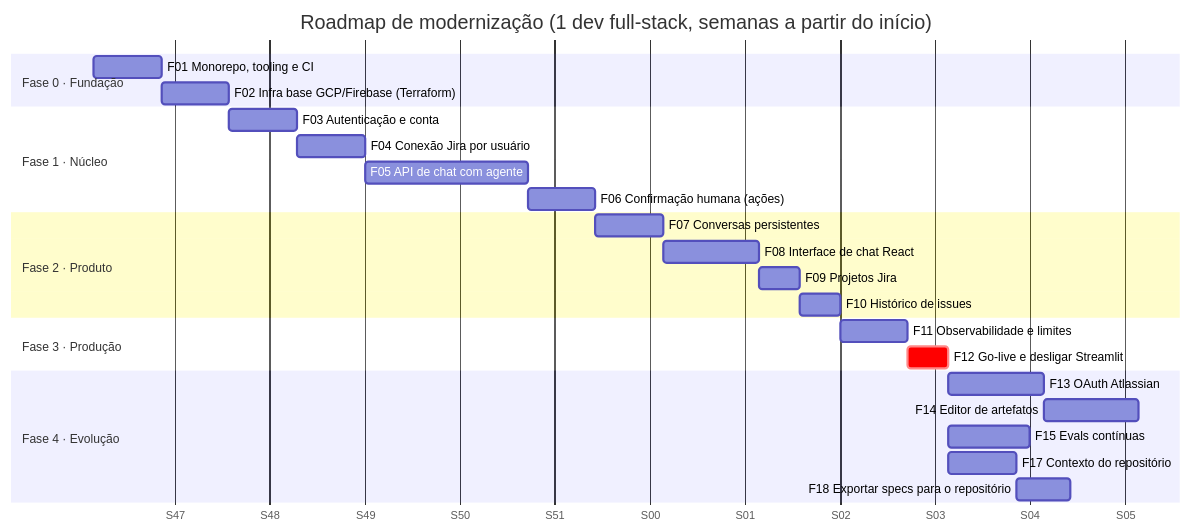
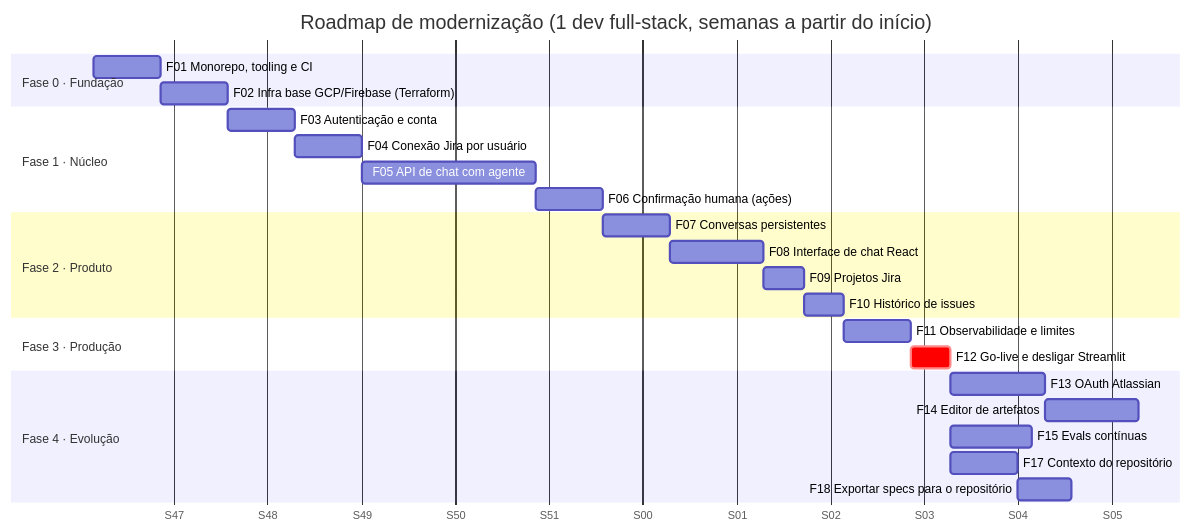
The first of 2 diagrams in specs/ROADMAP.md (micaelleos/FunctionalAgent), drawn with Mermaid before and after one commit. The commit also changed other lines of this file and 13 other files, not shown here.

First line of the commit message:
docs: ADR-008 — agente com Gemini no Vertex AI e loop próprio (Constituição 2.2.0)

````diff
--- a/specs/ROADMAP.md
+++ b/specs/ROADMAP.md
@@ -46,28 +50,28 @@
 ```mermaid
 gantt
     title Roadmap de modernização (1 dev full-stack, semanas a partir do início)
     dateFormat  YYYY-MM-DD
     axisFormat  S%W
     section Fase 0 · Fundação
     F01 Monorepo, tooling e CI            :f01, 2026-11-23, 5d
     F02 Infra base GCP/Firebase (Terraform):f02, after f01, 5d
     section Fase 1 · Núcleo
     F03 Autenticação e conta               :f03, after f02, 5d
     F04 Conexão Jira por usuário           :f04, after f03, 5d
-    F05 API de chat com agente             :f05, after f04, 12d
+    F05 API de chat com agente             :f05, after f04, 12.5d
     F06 Confirmação humana (ações)         :f06, after f05, 5d
     section Fase 2 · Produto
     F07 Conversas persistentes             :f07, after f06, 5d
     F08 Interface de chat React            :f08, after f07, 7d
     F09 Projetos Jira                      :f09, after f08, 3d
     F10 Histórico de issues                :f10, after f09, 3d
     section Fase 3 · Produção
     F11 Observabilidade e limites          :f11, after f10, 5d
     F12 Go-live e desligar Streamlit       :crit, f12, after f11, 3d
     section Fase 4 · Evolução
     F13 OAuth Atlassian                    :f13, after f12, 7d
     F14 Editor de artefatos                :f14, after f13, 7d
     F15 Evals contínuas                    :f15, after f12, 6d
     F17 Contexto do repositório            :f17, after f12, 5d
     F18 Exportar specs para o repositório  :f18, after f17, 4d
 ```
````
